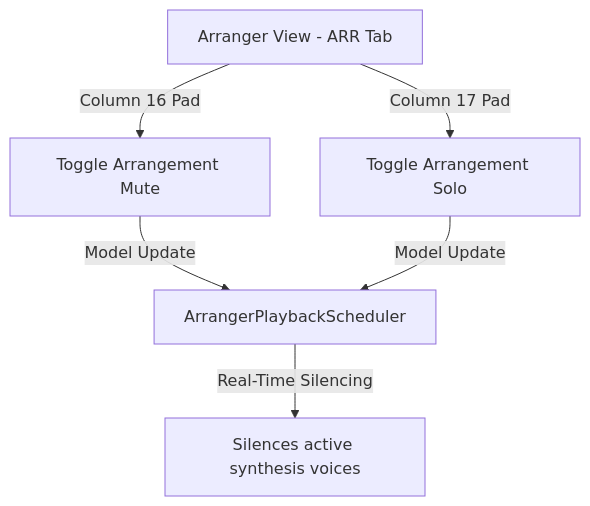
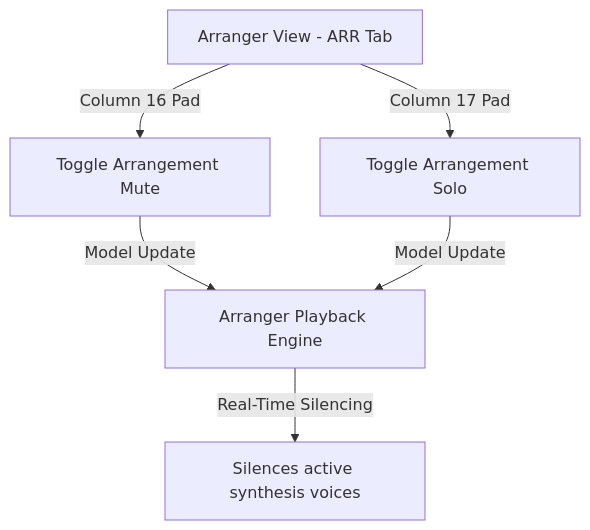
Before and after one commit to trudaine/deluje: the sixth of 6 diagrams in src/main/resources/docs/DELUGE_GUIDEBOOK.md, drawn with Mermaid. The commit also changed other lines of this file and 2 other files, not shown here.

````diff
--- a/src/main/resources/docs/DELUGE_GUIDEBOOK.md
+++ b/src/main/resources/docs/DELUGE_GUIDEBOOK.md
@@ -2083,8 +2022,8 @@
 ```mermaid
 graph TD
     A[Arranger View - ARR Tab] -->|Column 16 Pad| B[Toggle Arrangement Mute]
     A -->|Column 17 Pad| C[Toggle Arrangement Solo]
-    B -->|Model Update| D[ArrangerPlaybackScheduler]
+    B -->|Model Update| D[Arranger Playback Engine]
     C -->|Model Update| D
     D -->|Real-Time Silencing| E[Silences active synthesis voices]
 ```
````
